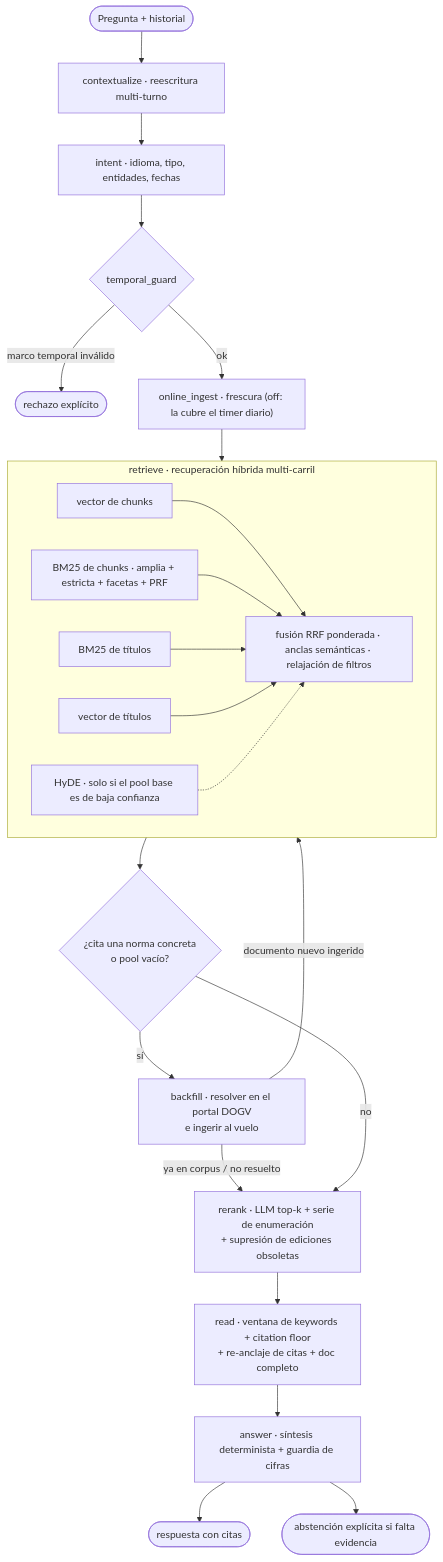
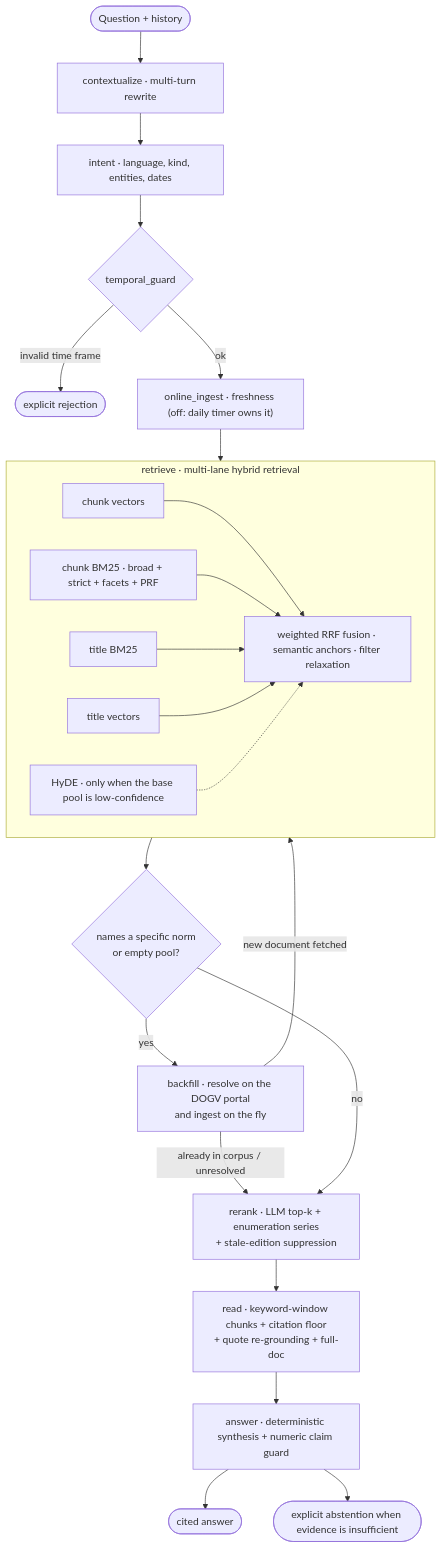
Before and after one commit to videscar/dogv-ai: the diagram in README.md, drawn with Mermaid. The commit also changed other lines of this file and 1 other file, not shown here.

````diff
--- a/README.md
+++ b/README.md
@@ -21,26 +25,26 @@
 ```mermaid
 flowchart TD
-    Q([Pregunta + historial]) --> CTX["contextualize · reescritura multi-turno"]
-    CTX --> INT["intent · idioma, tipo, entidades, fechas"]
+    Q([Question + history]) --> CTX["contextualize · multi-turn rewrite"]
+    CTX --> INT["intent · language, kind, entities, dates"]
     INT --> TG{"temporal_guard"}
-    TG -->|marco temporal inválido| REJ([rechazo explícito])
-    TG -->|ok| OI["online_ingest · frescura (off: la cubre el timer diario)"]
+    TG -->|invalid time frame| REJ([explicit rejection])
+    TG -->|ok| OI["online_ingest · freshness (off: daily timer owns it)"]
     OI --> RET
-    subgraph RET["retrieve · recuperación híbrida multi-carril"]
-        V["vector de chunks"] --> RRF
-        B["BM25 de chunks · amplia + estricta + facetas + PRF"] --> RRF
-        TB["BM25 de títulos"] --> RRF
-        TV["vector de títulos"] --> RRF
-        H["HyDE · solo si el pool base es de baja confianza"] -.-> RRF
-        RRF["fusión RRF ponderada · anclas semánticas · relajación de filtros"]
+    subgraph RET["retrieve · multi-lane hybrid retrieval"]
+        V["chunk vectors"] --> RRF
+        B["chunk BM25 · broad + strict + facets + PRF"] --> RRF
+        TB["title BM25"] --> RRF
+        TV["title vectors"] --> RRF
+        H["HyDE · only when the base pool is low-confidence"] -.-> RRF
+        RRF["weighted RRF fusion · semantic anchors · filter relaxation"]
     end
-    RET --> DEC{"¿cita una norma concreta<br/>o pool vacío?"}
-    DEC -->|sí| BF["backfill · resolver en el portal DOGV<br/>e ingerir al vuelo"]
-    BF -->|documento nuevo ingerido| RET
-    BF -->|ya en corpus / no resuelto| RR
-    DEC -->|no| RR["rerank · LLM top-k + serie de enumeración<br/>+ supresión de ediciones obsoletas"]
-    RR --> RD["read · ventana de keywords + citation floor<br/>+ re-anclaje de citas + doc completo"]
-    RD --> ANS["answer · síntesis determinista + guardia de cifras"]
-    ANS --> OUT([respuesta con citas])
-    ANS --> ABS([abstención explícita si falta evidencia])
+    RET --> DEC{"names a specific norm<br/>or empty pool?"}
+    DEC -->|yes| BF["backfill · resolve on the DOGV portal<br/>and ingest on the fly"]
+    BF -->|new document fetched| RET
+    BF -->|already in corpus / unresolved| RR
+    DEC -->|no| RR["rerank · LLM top-k + enumeration series<br/>+ stale-edition suppression"]
+    RR --> RD["read · keyword-window chunks + citation floor<br/>+ quote re-grounding + full-doc"]
+    RD --> ANS["answer · deterministic synthesis + numeric claim guard"]
+    ANS --> OUT([cited answer])
+    ANS --> ABS([explicit abstention when evidence is insufficient])
 ```
````
